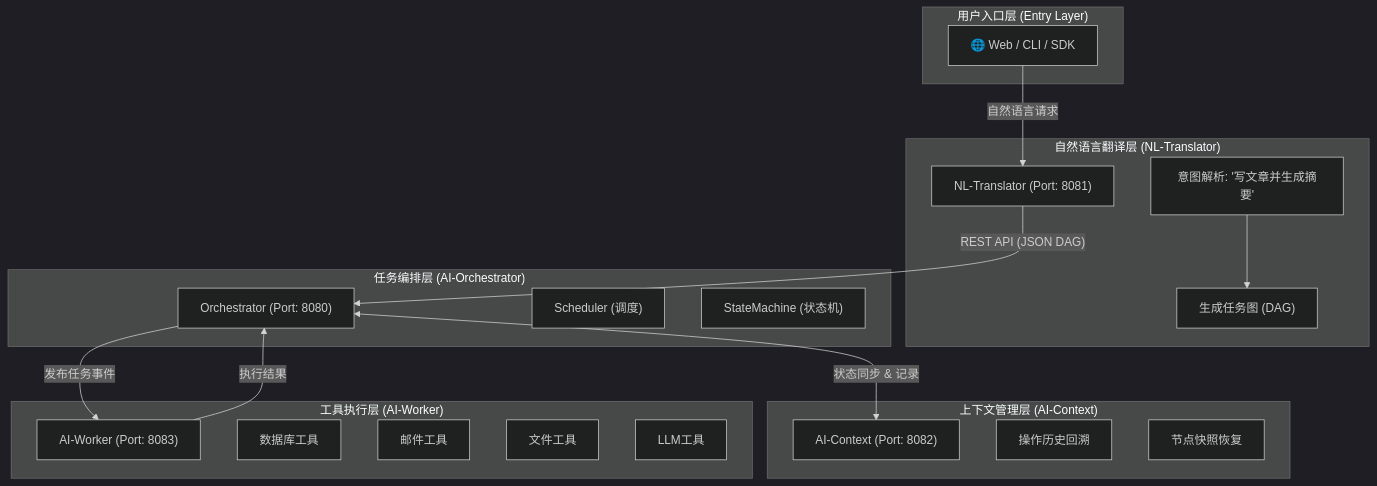
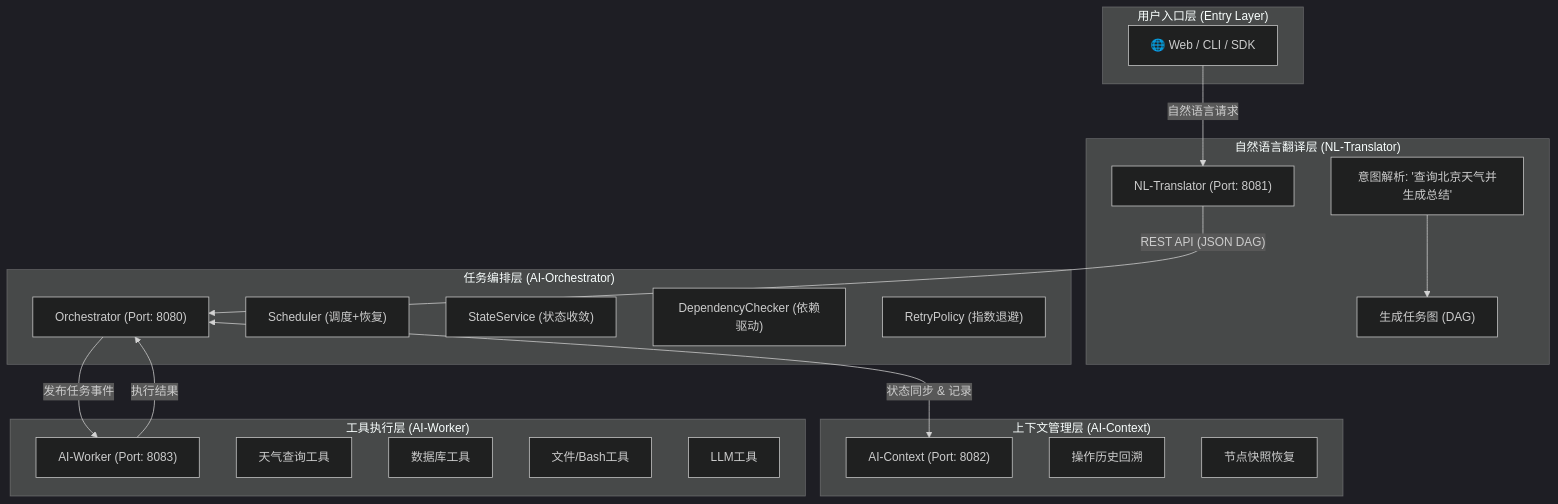
One commit to SUSTechWLA/lingxi-ai-operation-system changed the first of 4 diagrams in README.md. Above: the diagram before and after it, drawn with Mermaid (dark theme). The commit also changed other lines of this file and 41 other files, not shown here.

````diff
--- a/README.md
+++ b/README.md
@@ -51,37 +51,39 @@
 ```mermaid
 graph TD
     subgraph "用户入口层 (Entry Layer)"
         A[🌐 Web / CLI / SDK]
     end
 
     subgraph "自然语言翻译层 (NL-Translator)"
         B["NL-Translator (Port: 8081)"]
-        B1["意图解析: '写文章并生成摘要'"] --> B2["生成任务图 (DAG)"]
+        B1["意图解析: '查询北京天气并生成总结'"] --> B2["生成任务图 (DAG)"]
     end
 
     subgraph "任务编排层 (AI-Orchestrator)"
         C["Orchestrator (Port: 8080)"]
-        C1["Scheduler (调度)"]
-        C2["StateMachine (状态机)"]
+        C1["Scheduler (调度+恢复)"]
+        C2["StateService (状态收敛)"]
+        C3["DependencyChecker (依赖驱动)"]
+        C4["RetryPolicy (指数退避)"]
     end
 
     subgraph "上下文管理层 (AI-Context)"
         D["AI-Context (Port: 8082)"]
         D1["操作历史回溯"]
         D2["节点快照恢复"]
     end
 
     subgraph "工具执行层 (AI-Worker)"
         E["AI-Worker (Port: 8083)"]
-        E1["数据库工具"]
-        E2["邮件工具"]
-        E3["文件工具"]
+        E1["天气查询工具"]
+        E2["数据库工具"]
+        E3["文件/Bash工具"]
         E4["LLM工具"]
     end
 
     A -->|"自然语言请求"| B
     B -->|"REST API (JSON DAG)"| C
     C <-->|"状态同步 & 记录"| D
     C -->|"发布任务事件"| E
     E -->|"执行结果"| C
 ```
````
